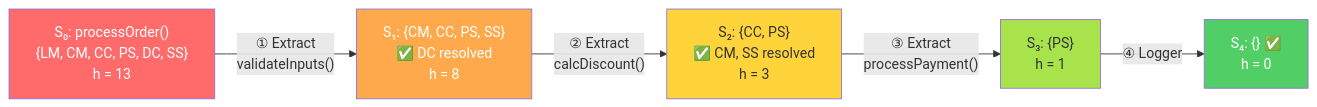
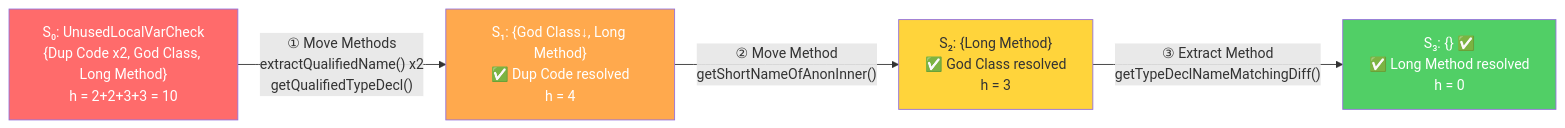
One commit to hpietukhin/smellai changed the fifth of 9 diagrams in slides_planning.md. Above: the diagram before and after it, drawn with Mermaid. The commit also changed other lines of this file, not shown here.

````diff
--- a/slides_planning.md
+++ b/slides_planning.md
@@ -379,16 +665,13 @@
 ```mermaid
 graph LR
-  S0["S₀: processOrder()<br/>{LM, CM, CC, PS, DC, SS}<br/>h = 13"] -->|"① Extract<br/>validateInputs()"| S1["S₁: {CM, CC, PS, SS}<br/>✅ DC resolved<br/>h = 8"]
+  S0["S₀: UnusedLocalVarCheck<br/>{Dup Code x2, God Class, Long Method}<br/>h = 2+2+3+3 = 10"] -->|"① Move Methods<br/>extractQualifiedName() x2<br/>getQualifiedTypeDecl()"| S1["S₁: {God Class↓, Long Method}<br/>✅ Dup Code resolved<br/>h = 4"]
 
-  S1 -->|"② Extract<br/>calcDiscount()"| S2["S₂: {CC, PS}<br/>✅ CM, SS resolved<br/>h = 3"]
+  S1 -->|"② Move Method<br/>getShortNameOfAnonInner()"| S2["S₂: {Long Method}<br/>✅ God Class resolved<br/>h = 3"]
 
-  S2 -->|"③ Extract<br/>processPayment()"| S3["S₃: {PS}<br/>h = 1"]
-
-  S3 -->|"④ Logger"| S4["S₄: {} ✅<br/>h = 0"]
+  S2 -->|"③ Extract Method<br/>getTypeDeclNameMatchingDiff()"| S3["S₃: {} ✅<br/>✅ Long Method resolved<br/>h = 0"]
 
   style S0 fill:#ff6b6b,color:#fff
   style S1 fill:#ffa94d,color:#fff
   style S2 fill:#ffd43b,color:#333
-  style S3 fill:#a9e34b,color:#333
-  style S4 fill:#51cf66,color:#fff
+  style S3 fill:#51cf66,color:#fff
 ```
````
